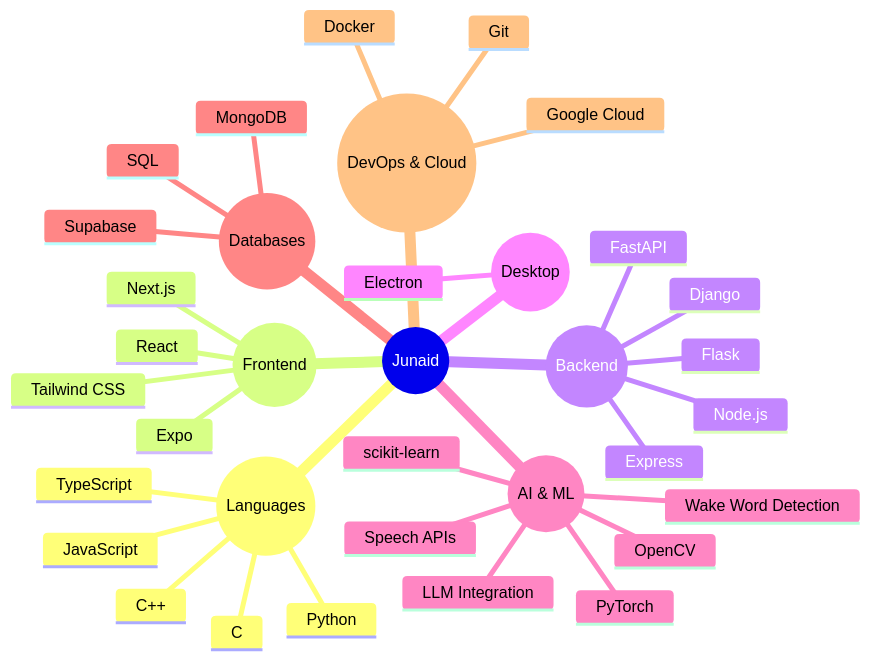
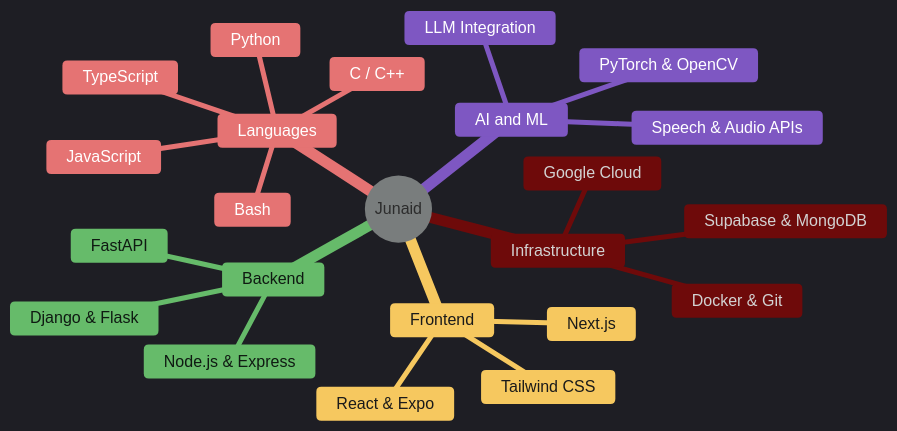
Before and after one commit to mianjunaid1223/mianjunaid1223: the diagram in README.md, drawn with Mermaid. The commit also changed other lines of this file, not shown here.

Commit message:
Update tech snapshot in README.md

````diff
--- a/README.md
+++ b/README.md
@@ -9,38 +9,52 @@
 ```mermaid
+%%{init: {
+  'theme': 'dark',
+  'themeVariables': {
+    'cScale0': '#5F8DEE',
+    'cScale1': '#E57373',
+    'cScale2': '#F6C85F',
+    'cScale3': '#66BB6A',
+    'cScale4': '#7E57C2',
+    'cScaleLabel0': '#FFFFFF',
+    'cScaleLabel1': '#FFFFFF',
+    'cScaleLabel2': '#1A1A1A',
+    'cScaleLabel3': '#0F1A12',
+    'cScaleLabel4': '#FFFFFF',
+    'pie1': '#5F8DEE',
+    'pie2': '#E57373',
+    'pie3': '#F6C85F',
+    'pie4': '#66BB6A',
+    'pie5': '#7E57C2',
+    'mindmapRootFill': '#ffff',
+    'mindmapRootStroke': '#fff',
+    'mindmapRootTextColor': '#E8EAED',
+    'mindmapNodeFill': '#2B2C2F',
+    'mindmapNodeStroke': '#3C4043',
+    'mindmapNodeTextColor': '#E8EAED'
+  }
+}}%%
 mindmap
   root((Junaid))
-    ((Languages))
+    Languages
       Python
       JavaScript
       TypeScript
-      C
-      C++
-    ((Frontend))
-      React
-      Expo
+      C / C++
+      Bash
+    Frontend
+      React & Expo
+      Next.js
       Tailwind CSS
-      Next.js
-    ((Backend))
-      Node.js
-      Express
-      Django
-      Flask
+    Backend
+      Node.js & Express
+      Django & Flask
       FastAPI
-    ((Desktop))
-      Electron
-    ((AI & ML))
+    AI and ML
       LLM Integration
-      Speech APIs
-      Wake Word Detection
-      PyTorch
-      OpenCV
-      scikit-learn
-    ((Databases))
-      MongoDB
-      Supabase
-      SQL
-    ((DevOps & Cloud))
-      Docker
-      Git
+      Speech & Audio APIs
+      PyTorch & OpenCV
+    Infrastructure
+      Docker & Git
+      Supabase & MongoDB
       Google Cloud
 ```
````
